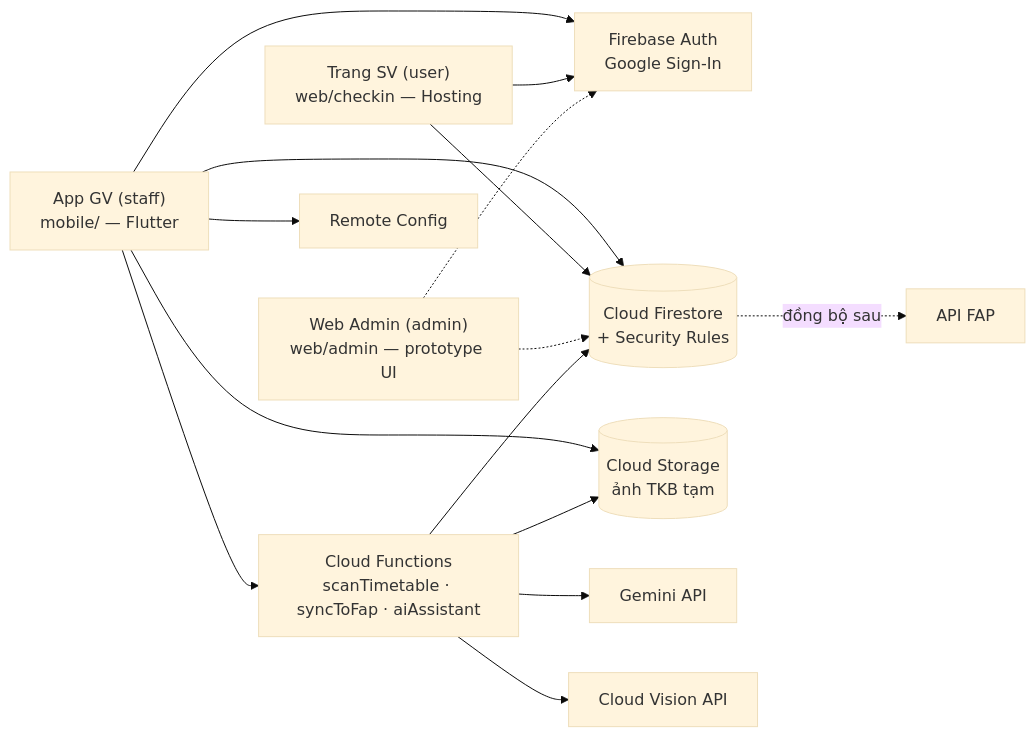
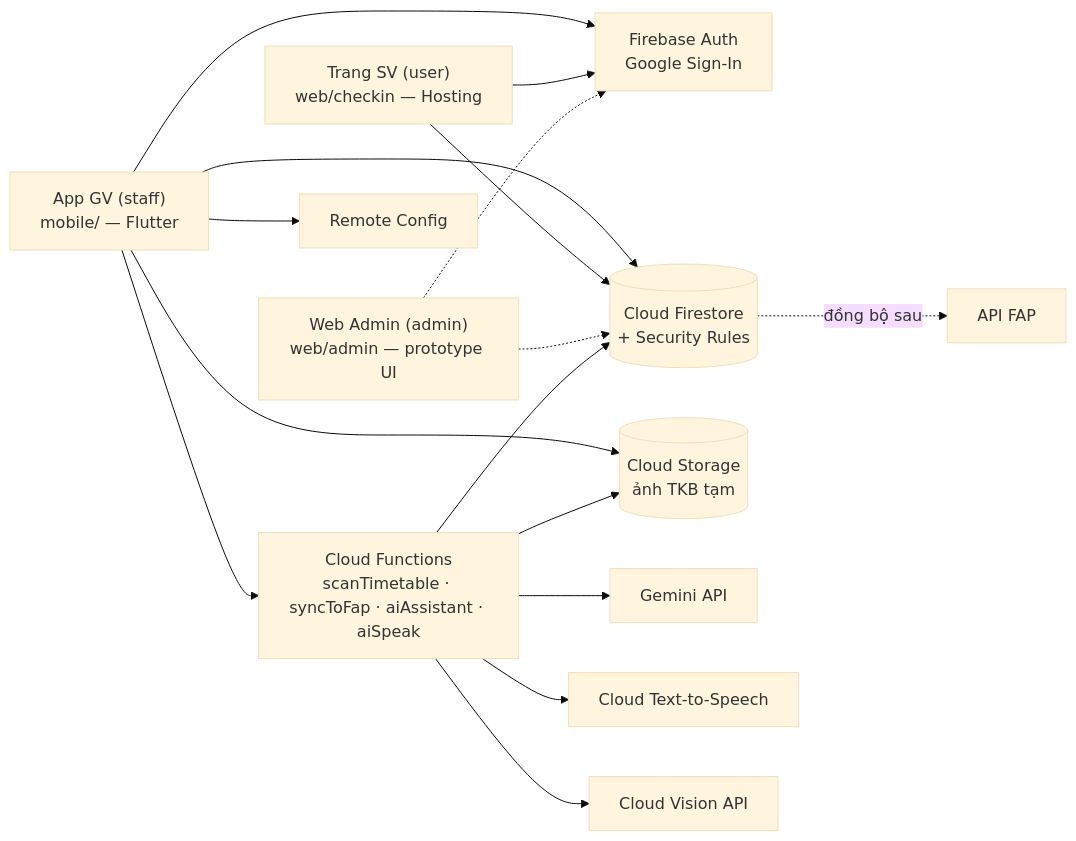
The diagram in docs/01-kien-truc-tong-the.md (ducminh852005/fapcheckin), drawn with Mermaid (base theme) before and after one commit. The commit also changed other lines of this file and 25 other files, not shown here.

Commit message:
feat: add AI assistant cloud function, end-to-end tests, mobile TTS integration, and documentation

````diff
--- a/docs/01-kien-truc-tong-the.md
+++ b/docs/01-kien-truc-tong-the.md
@@ -7,17 +7,18 @@
 ```mermaid
 flowchart LR
     GV["App GV (staff)<br/>mobile/ — Flutter"] --> AUTH[Firebase Auth<br/>Google Sign-In]
     SV["Trang SV (user)<br/>web/checkin — Hosting"] --> AUTH
     ADM["Web Admin (admin)<br/>web/admin — prototype UI"] -.-> AUTH
     GV --> FS[("Cloud Firestore<br/>+ Security Rules")]
     SV --> FS
     ADM -.-> FS
     GV --> ST[(Cloud Storage<br/>ảnh TKB tạm)]
-    GV --> FN["Cloud Functions<br/>scanTimetable · syncToFap · aiAssistant"]
+    GV --> FN["Cloud Functions<br/>scanTimetable · syncToFap · aiAssistant · aiSpeak"]
     FN --> GEM[Gemini API]
+    FN --> TTS[Cloud Text-to-Speech]
     FN --> ST
     FN --> VIS[Cloud Vision API]
     FN --> FS
     GV --> RC[Remote Config]
     FS -.đồng bộ sau.-> FAP[API FAP]
 ```
````
